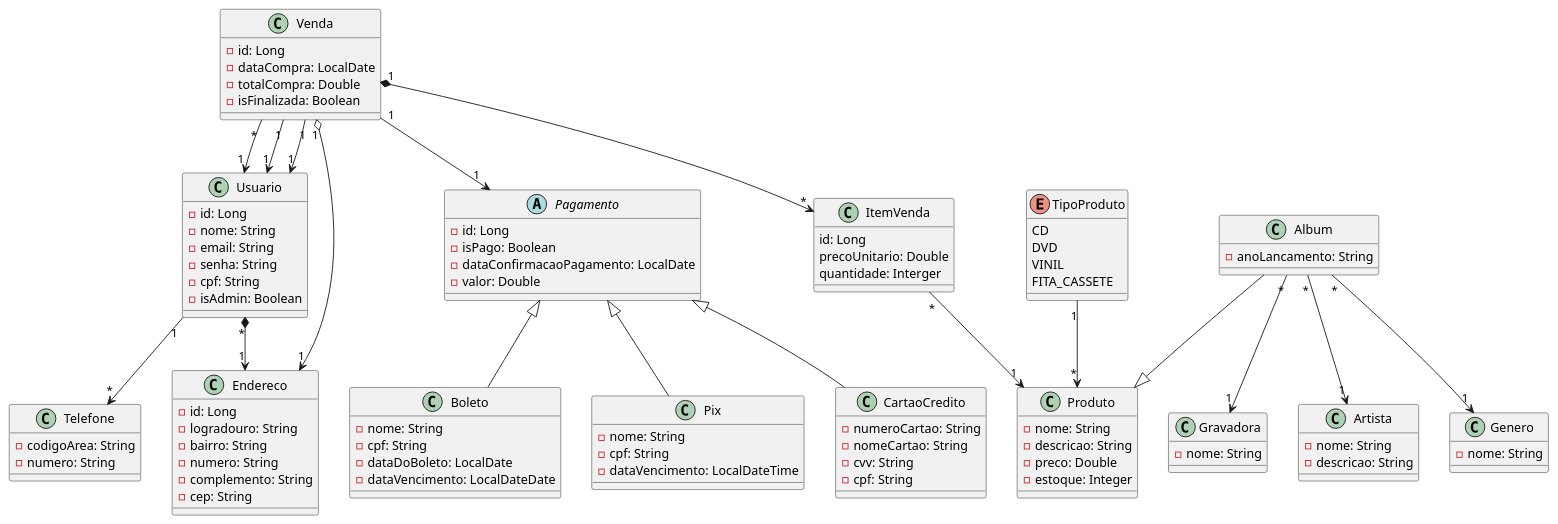
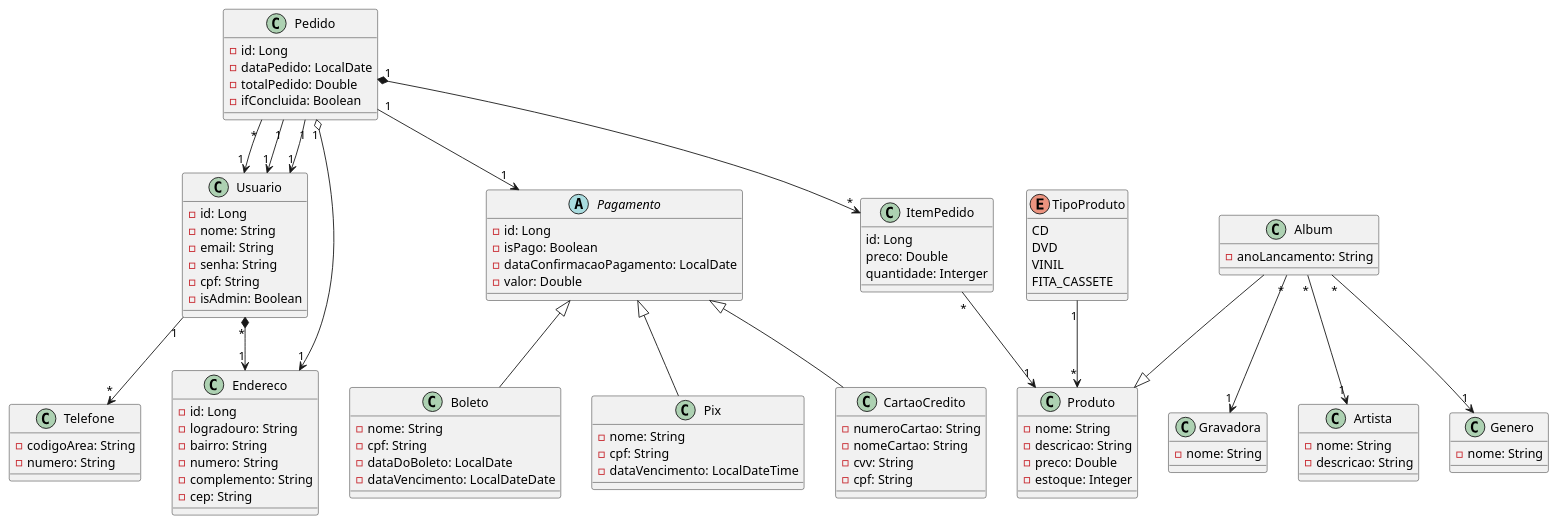
The diagram in src/main/modelagem/modelagem.plantuml (luisnoleto/ProjetoAtual), drawn with PlantUML before and after one commit. The commit also changed 86 other files, not shown here.

Commit message:
Pedido e Ajustes Usuario

```diff
--- a/src/main/modelagem/modelagem.plantuml
+++ b/src/main/modelagem/modelagem.plantuml
@@ -1,142 +1,143 @@
 @startuml Modelagem
 
 class Usuario {
        - id: Long
        - nome: String
        - email: String
        - senha: String
        - cpf: String
        - isAdmin: Boolean
     }
 
     class Album {
     - anoLancamento: String
     }
 
     class Gravadora{
         - nome: String
     }
 
     class Artista{
         - nome: String
         - descricao: String
     }
 
     class Genero{
         - nome: String
     }
     
     enum TipoProduto{
         CD
         DVD
         VINIL
         FITA_CASSETE
 
     }
     class Produto {
         - nome: String
         - descricao: String
         - preco: Double
         - estoque: Integer
     }
 
-    class Venda {
+    class Pedido {
     - id: Long
-    - dataCompra: LocalDate
-    - totalCompra: Double
-    - isFinalizada: Boolean
+    - dataPedido: LocalDate
+    - totalPedido: Double
+    - ifConcluida: Boolean
     }
 
-    class ItemVenda{
+    class ItemPedido{
         id: Long 
-        precoUnitario: Double
+        preco: Double
         quantidade: Interger
+
     }
 
      class Telefone {
         - codigoArea: String
         - numero: String
     }
 
     class Endereco {
         - id: Long
         - logradouro: String
         - bairro: String
         - numero: String
         - complemento: String
         - cep: String
     }
 
     abstract class Pagamento {
 
         - id: Long
         - isPago: Boolean
         - dataConfirmacaoPagamento: LocalDate
         - valor: Double
     }
     
     class Boleto {
 
         - nome: String
         - cpf: String
         - dataDoBoleto: LocalDate
         - dataVencimento: LocalDateDate
     }
 
     class Pix {
 
         - nome: String
         - cpf: String
         - dataVencimento: LocalDateTime
     }
 
     class CartaoCredito {
         - numeroCartao: String
         - nomeCartao: String
         - cvv: String
         - cpf: String
     }
 
     TipoProduto "1" --> "*" Produto
 
-    Venda "1" o--> "1" Endereco
+    Pedido "1" o--> "1" Endereco
 
 
-    Venda "1" *--> "*" ItemVenda
+    Pedido "1" *--> "*" ItemPedido
 
     Album --|> Produto
 
-    Venda "*" --> "1" Usuario
+    Pedido "*" --> "1" Usuario
 
-    ItemVenda "*" --> "1" Produto
+    ItemPedido "*" --> "1" Produto
 
     Usuario "*" *--> "1" Endereco
 
     Usuario "1" --> "*" Telefone
     
     Album "*" --> "1" Artista
 
     Album "*" --> "1" Genero
 
     Album "*" --> "1" Gravadora
 
-    Venda "1" --> "1" Usuario
+    Pedido "1" --> "1" Usuario
 
-    Venda "1" --> "1" Pagamento
+    Pedido "1" --> "1" Pagamento
 
     Pagamento <|-- Boleto
     Pagamento <|-- Pix
     Pagamento <|-- CartaoCredito
 
-    Venda "1" --> "1" Usuario
+    Pedido "1" --> "1" Usuario
     
 
 
 
 
 
 
 
     
 
 @enduml
```
